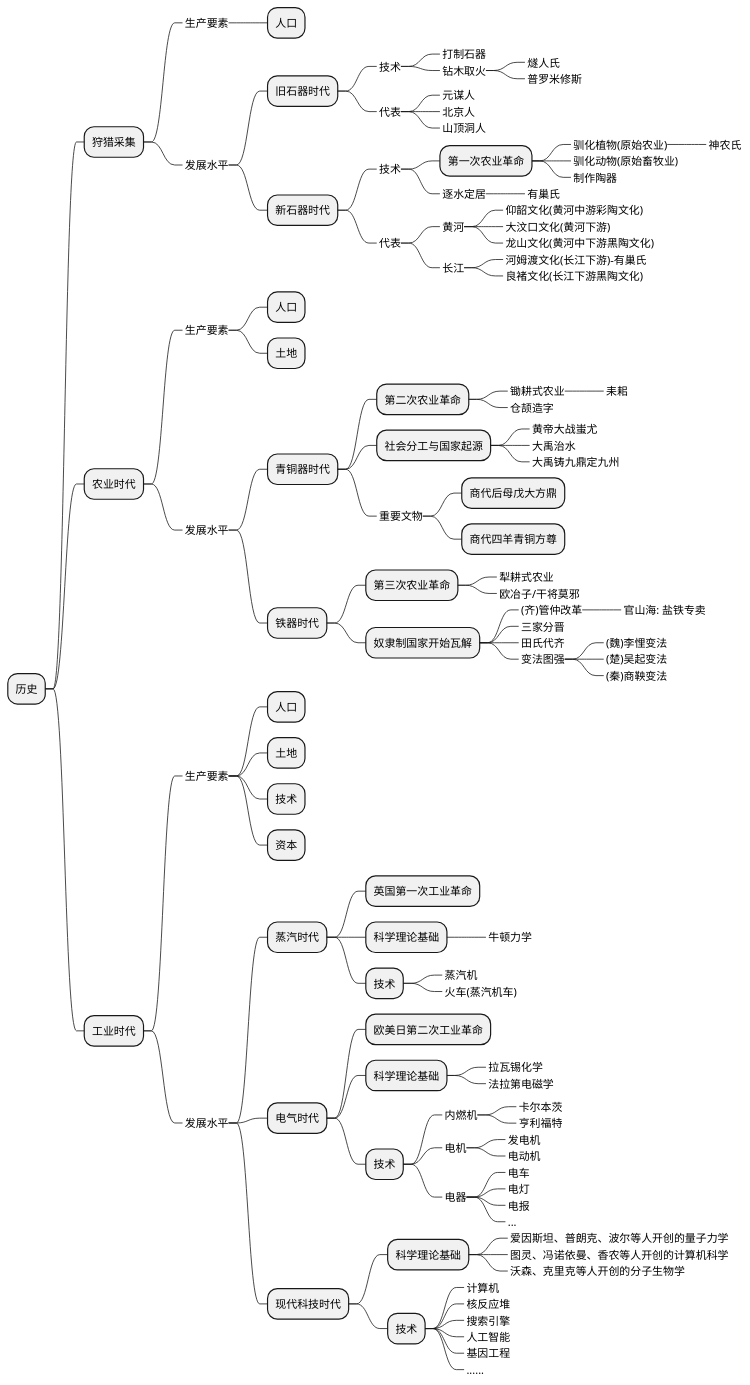
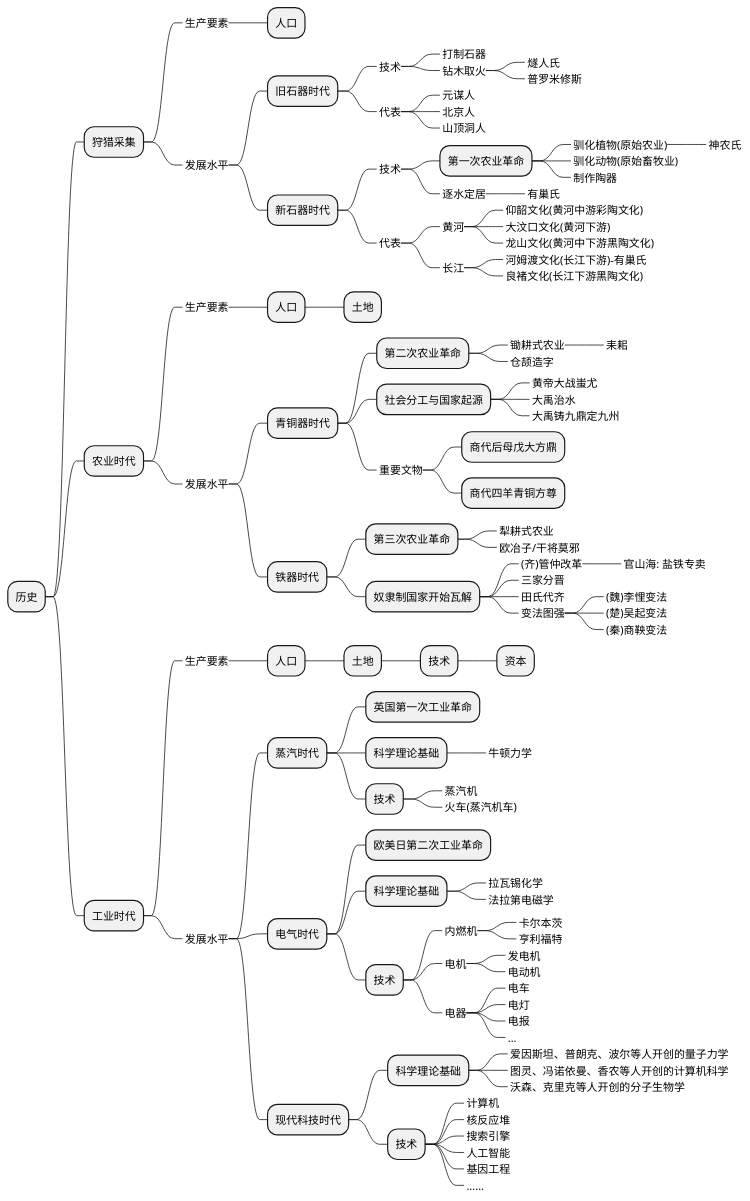
The diagram in source/_posts/economic/economic_and_history.md (holmofy/blog.hufeifei.cn), drawn with PlantUML before and after one commit.

```diff
--- a/source/_posts/economic/economic_and_history.md
+++ b/source/_posts/economic/economic_and_history.md
@@ -50,7 +50,7 @@
 ++ 农业时代
 +++_ 生产要素
 ++++ 人口
-++++ 土地
++++++ 土地
 +++_ 发展水平
 ++++ 青铜器时代
 +++++ 第二次农业革命
@@ -80,9 +80,9 @@
 ++ 工业时代
 +++_ 生产要素
 ++++ 人口
-++++ 土地
-++++ 技术
-++++ 资本
++++++ 土地
+++++++ 技术
++++++++ 资本
 +++_ 发展水平
 ++++ 蒸汽时代
 +++++ 英国第一次工业革命
```
